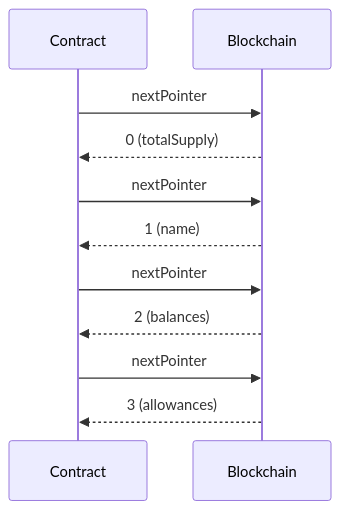
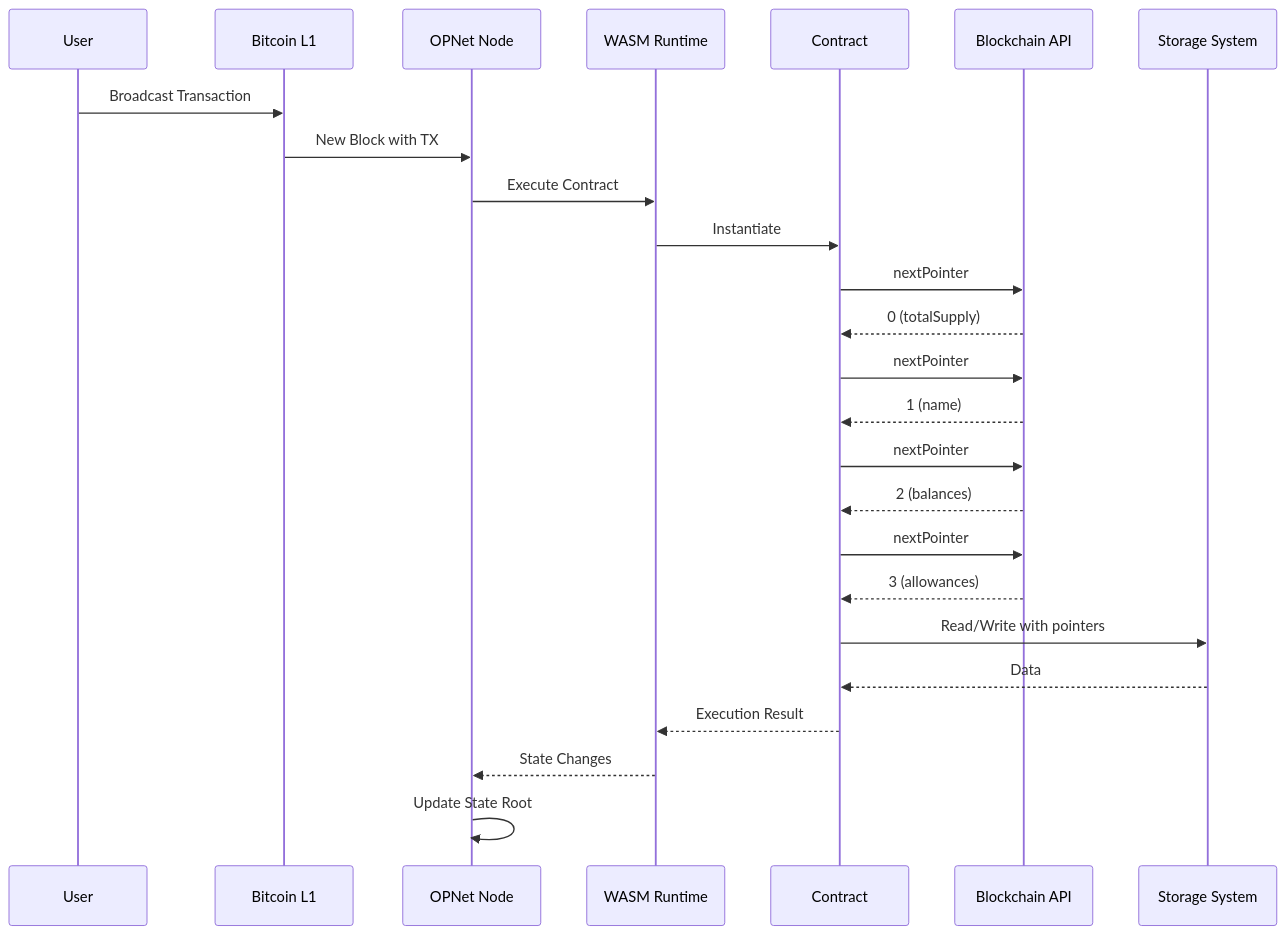
One commit to btc-vision/btc-runtime changed the fifth of 8 diagrams in docs/core-concepts/storage-system.md. Above: the diagram before and after it, drawn with Mermaid. The commit also changed other lines of this file and 2 other files, not shown here.

First line of the commit message:
Add editor config and update storage system docs

````diff
--- a/docs/core-concepts/storage-system.md
+++ b/docs/core-concepts/storage-system.md
@@ -99,14 +225,28 @@
 ```mermaid
 sequenceDiagram
+    participant User
+    participant Bitcoin as Bitcoin L1
+    participant OPNet as OPNet Node
+    participant WASM as WASM Runtime
     participant Contract
-    participant Blockchain
-    
+    participant Blockchain as Blockchain API
+    participant Storage as Storage System
+
+    User->>Bitcoin: Broadcast Transaction
+    Bitcoin->>OPNet: New Block with TX
+    OPNet->>WASM: Execute Contract
+    WASM->>Contract: Instantiate
     Contract->>Blockchain: nextPointer
     Blockchain-->>Contract: 0 (totalSupply)
     Contract->>Blockchain: nextPointer
     Blockchain-->>Contract: 1 (name)
     Contract->>Blockchain: nextPointer
     Blockchain-->>Contract: 2 (balances)
     Contract->>Blockchain: nextPointer
     Blockchain-->>Contract: 3 (allowances)
+    Contract->>Storage: Read/Write with pointers
+    Storage-->>Contract: Data
+    Contract-->>WASM: Execution Result
+    WASM-->>OPNet: State Changes
+    OPNet->>OPNet: Update State Root
 ```
````
